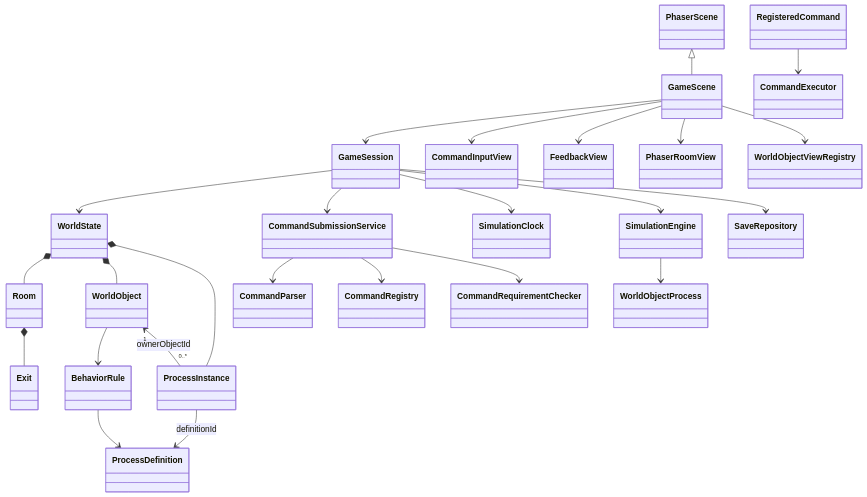
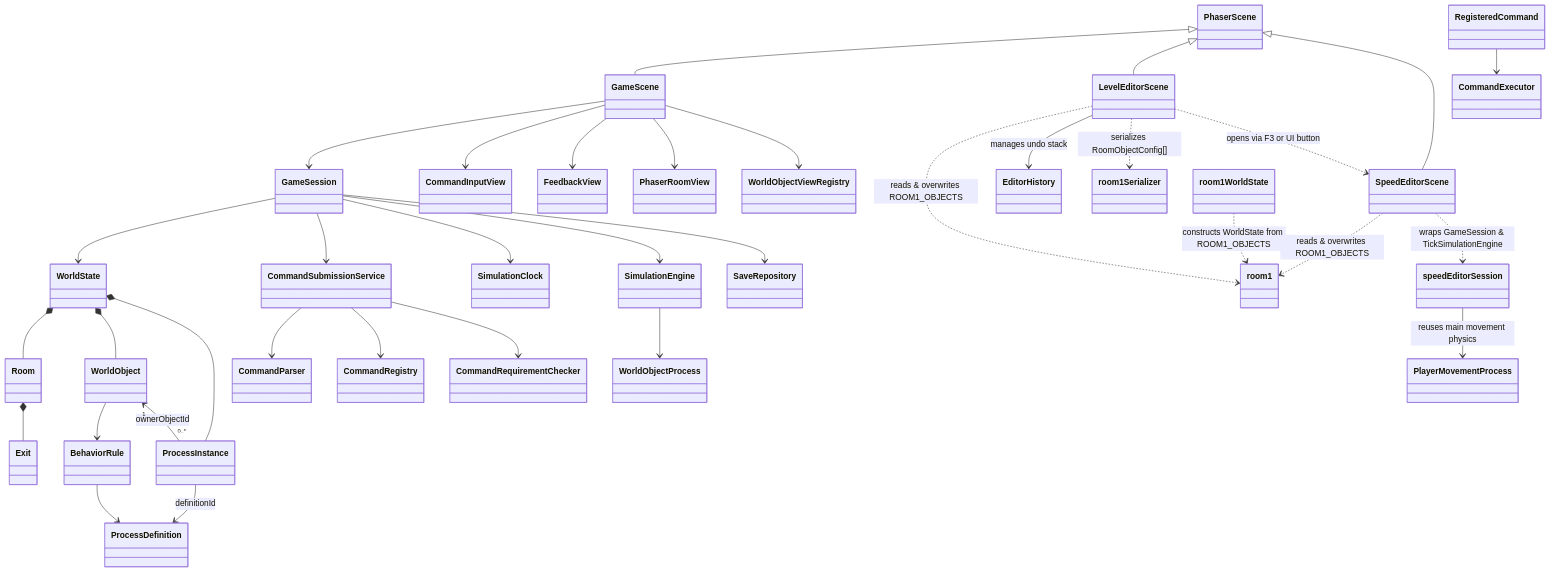
The diagram in docs/architecture.md (SaviorDT/hack_game), drawn with Mermaid before and after one commit. The commit also changed other lines of this file, not shown here.

Commit message:
docs: optimize  number of architecture documentation token

````diff
--- a/docs/architecture.md
+++ b/docs/architecture.md
@@ -91,30 +94,42 @@
 ```mermaid
 classDiagram
   PhaserScene <|-- GameScene
+  PhaserScene <|-- LevelEditorScene
+  PhaserScene <|-- SpeedEditorScene
+
   GameScene --> GameSession
   GameScene --> CommandInputView
   GameScene --> FeedbackView
   GameScene --> PhaserRoomView
   GameScene --> WorldObjectViewRegistry
 
   GameSession --> WorldState
   GameSession --> CommandSubmissionService
   GameSession --> SimulationClock
   GameSession --> SimulationEngine
   GameSession --> SaveRepository
 
   WorldState *-- Room
   Room *-- Exit
   WorldState *-- WorldObject
   WorldState *-- ProcessInstance
   WorldObject --> BehaviorRule
   BehaviorRule --> ProcessDefinition
   WorldObject "1" <-- "0..*" ProcessInstance : ownerObjectId
   ProcessInstance --> ProcessDefinition : definitionId
 
   CommandSubmissionService --> CommandParser
   CommandSubmissionService --> CommandRegistry
   CommandSubmissionService --> CommandRequirementChecker
   RegisteredCommand --> CommandExecutor
   SimulationEngine --> WorldObjectProcess
+
+  LevelEditorScene ..> room1 : reads & overwrites ROOM1_OBJECTS
+  LevelEditorScene --> EditorHistory : manages undo stack
+  LevelEditorScene ..> room1Serializer : serializes RoomObjectConfig[]
+  LevelEditorScene ..> SpeedEditorScene : opens via F3 or UI button
+  SpeedEditorScene ..> room1 : reads & overwrites ROOM1_OBJECTS
+  SpeedEditorScene ..> speedEditorSession : wraps GameSession & TickSimulationEngine
+  speedEditorSession --> PlayerMovementProcess : reuses main movement physics
+  room1WorldState ..> room1 : constructs WorldState from ROOM1_OBJECTS
 ```
````
